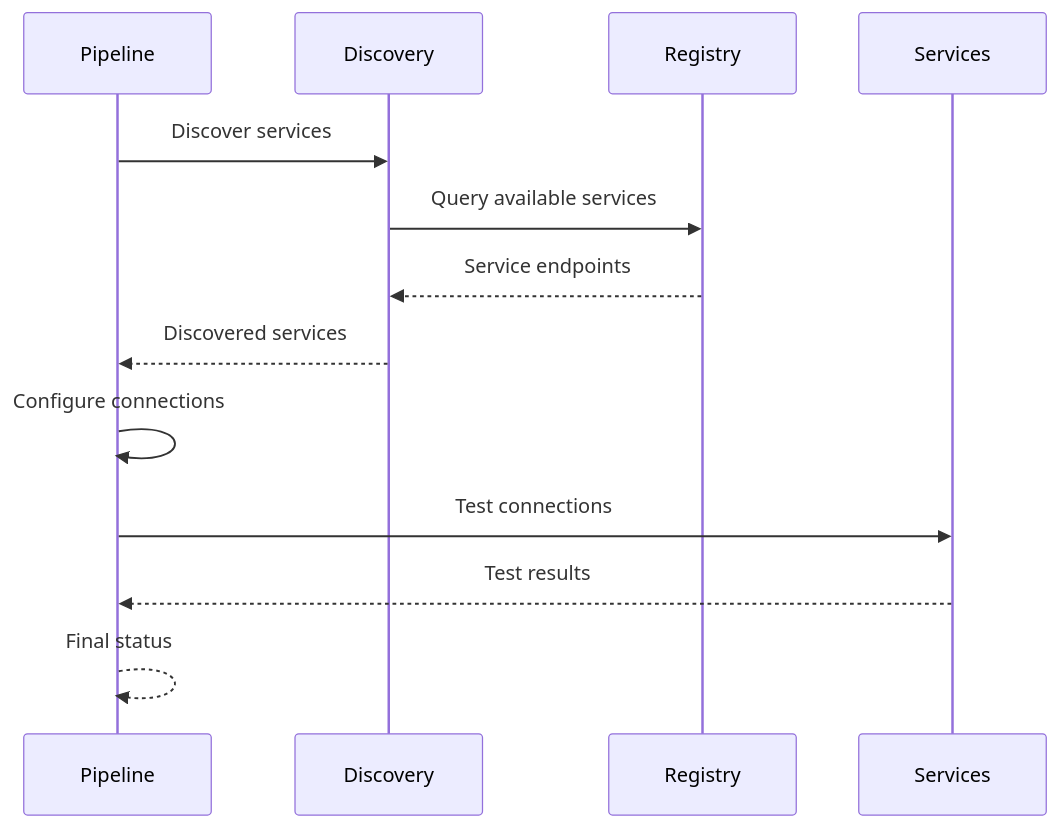
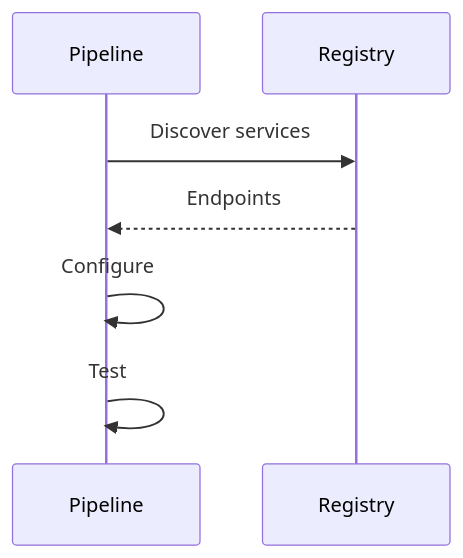
Before and after one commit to wisrovi/wpipe: the second of 5 diagrams in examples/api_pipeline/15_service_discovery/README.md, drawn with Mermaid. The commit also changed other lines of this file and 20 other files, not shown here.

First line of the commit message:
Simplify Mermaid diagrams for better rendering

````diff
--- a/examples/api_pipeline/15_service_discovery/README.md
+++ b/examples/api_pipeline/15_service_discovery/README.md
@@ -22,16 +22,10 @@
 ```mermaid
 sequenceDiagram
-    participant Pipeline
-    participant Discovery
-    participant Registry
-    participant Services
+    participant P as Pipeline
+    participant R as Registry
     
-    Pipeline->>Discovery: Discover services
-    Discovery->>Registry: Query available services
-    Registry-->>Discovery: Service endpoints
-    Discovery-->>Pipeline: Discovered services
-    Pipeline->>Pipeline: Configure connections
-    Pipeline->>Services: Test connections
-    Services-->>Pipeline: Test results
-    Pipeline-->>Pipeline: Final status
+    P->>R: Discover services
+    R-->>P: Endpoints
+    P->>P: Configure
+    P->>P: Test
 ```
````
